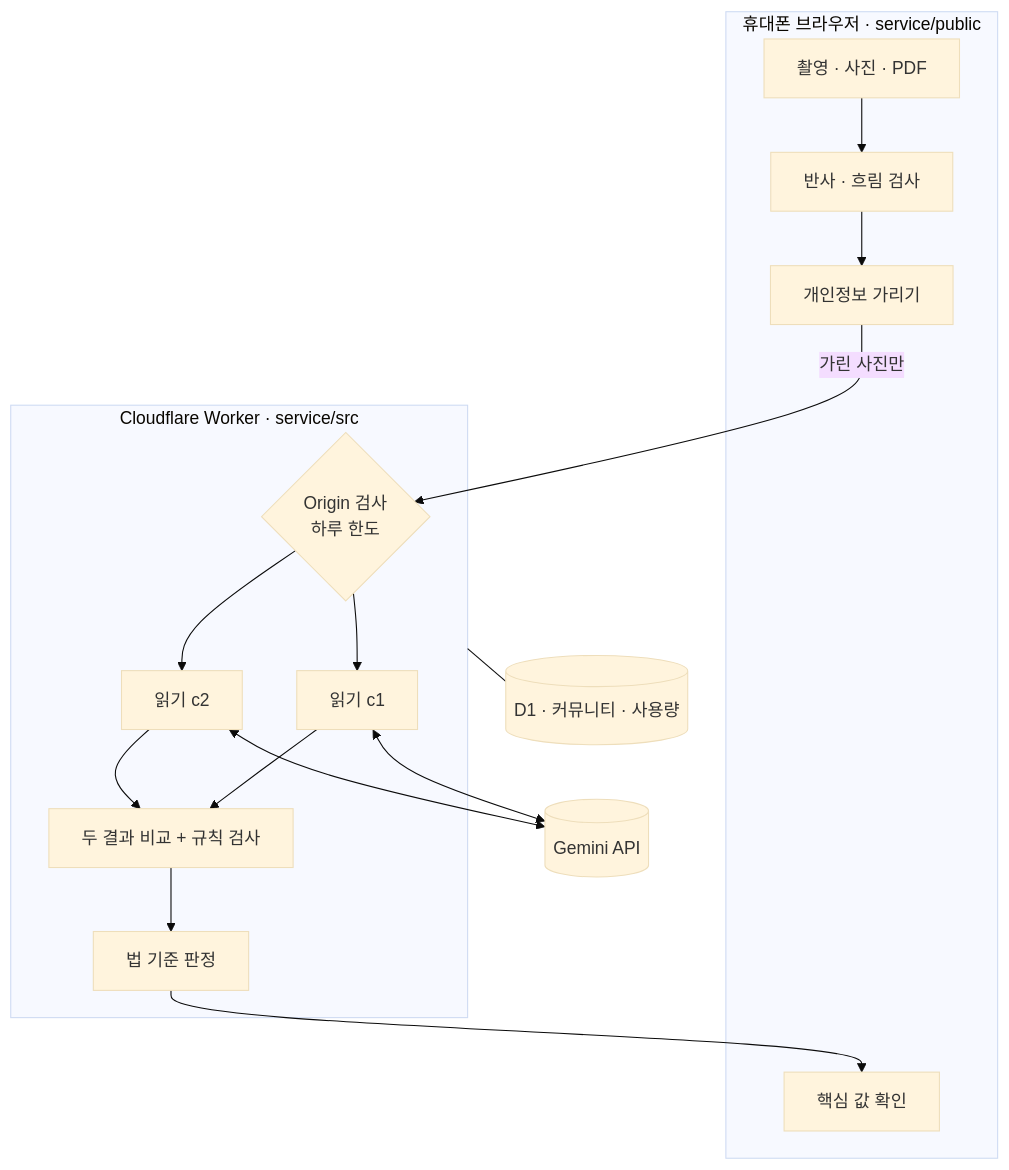
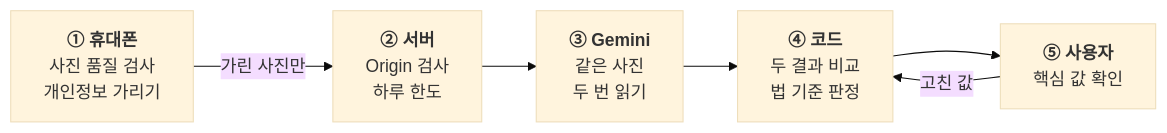
The diagram in README.md (zipry123-debug/contract-check), drawn with Mermaid (base theme) before and after one commit. The commit also changed other lines of this file, not shown here.

Commit message:
README: 핵심 수치 카드, 구조 그림 단순화 (미리보기)

````diff
--- a/README.md
+++ b/README.md
@@ -61,23 +65,8 @@
 ```mermaid
-flowchart TB
-  subgraph Phone["휴대폰 브라우저 · service/public"]
-    A["촬영 · 사진 · PDF"] --> B["반사 · 흐림 검사"]
-    B --> C["개인정보 가리기"]
-    V["핵심 값 확인"]
-  end
-  subgraph Worker["Cloudflare Worker · service/src"]
-    O{"Origin 검사<br/>하루 한도"}
-    O --> R1["읽기 c2"]
-    O --> R2["읽기 c1"]
-    R1 --> X["두 결과 비교 + 규칙 검사"]
-    R2 --> X
-    X --> J["법 기준 판정"]
-  end
-  G[("Gemini API")]
-  D[("D1 · 커뮤니티 · 사용량")]
-  C -- "가린 사진만" --> O
-  R1 <--> G
-  R2 <--> G
-  J --> V
-  Worker --- D
+flowchart LR
+  A["<b>① 휴대폰</b><br/>사진 품질 검사<br/>개인정보 가리기"] -- "가린 사진만" --> B["<b>② 서버</b><br/>Origin 검사<br/>하루 한도"]
+  B --> C["<b>③ Gemini</b><br/>같은 사진<br/>두 번 읽기"]
+  C --> D["<b>④ 코드</b><br/>두 결과 비교<br/>법 기준 판정"]
+  D --> E["<b>⑤ 사용자</b><br/>핵심 값 확인"]
+  E -- "고친 값" --> D
 ```
````
